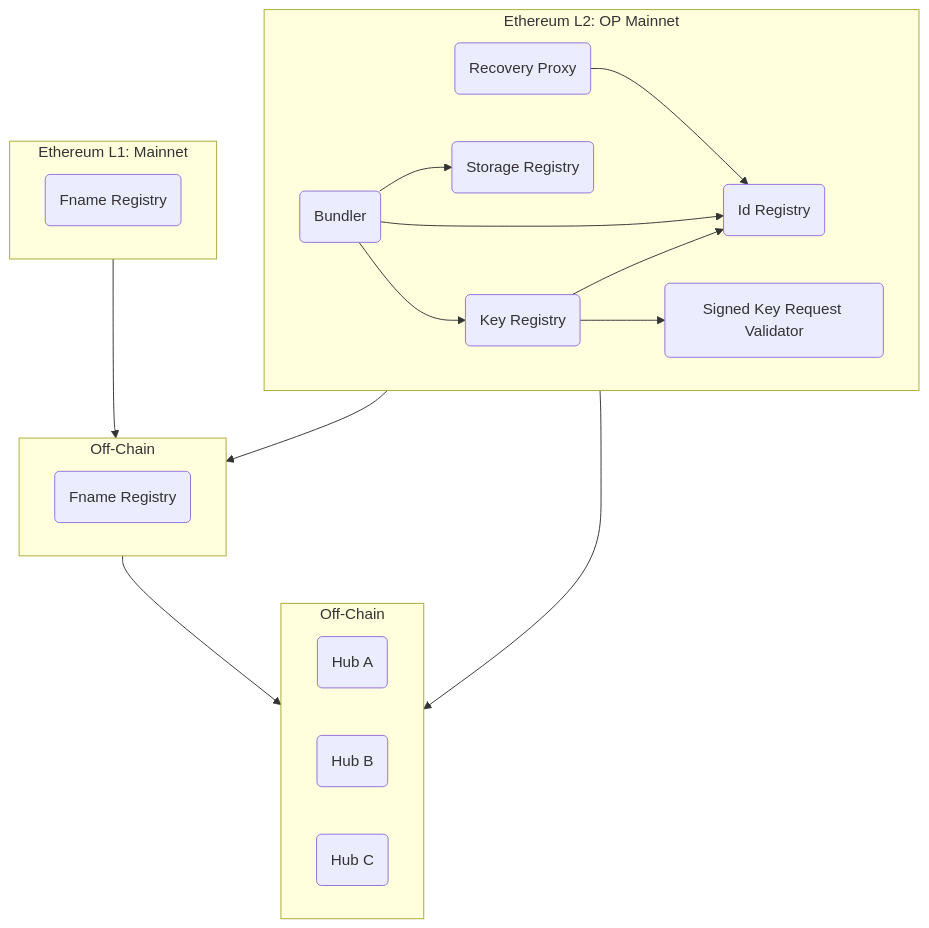
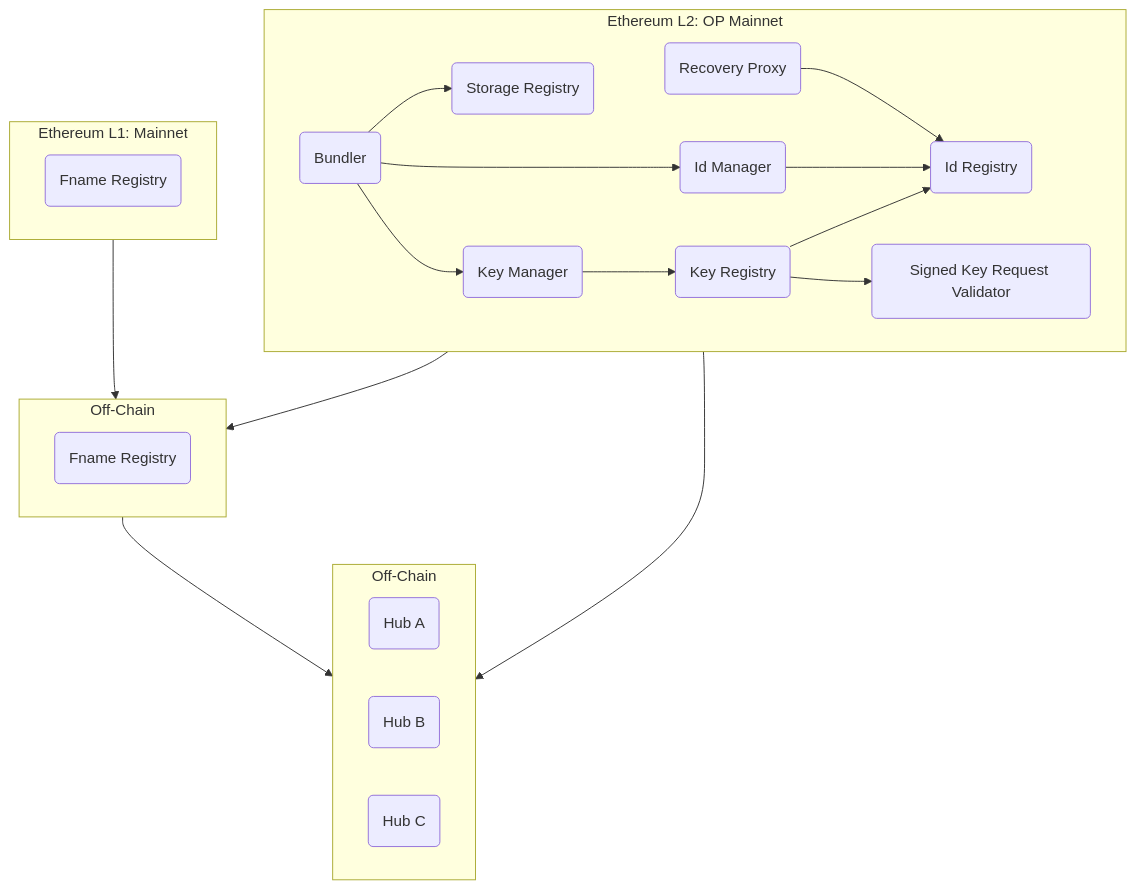
One commit to farcasterxyz/contracts changed the first of 3 diagrams in docs/docs.md. Above: the diagram before and after it, drawn with Mermaid. The commit also changed other lines of this file, not shown here.

````diff
--- a/docs/docs.md
+++ b/docs/docs.md
@@ -7,31 +7,33 @@
 ```mermaid
 
 graph TD
 
     subgraph ETHL1["Ethereum L1: Mainnet"]
     FR(Fname Registry)
     end
 
     subgraph Offchain["Off-Chain"]
     FS(Fname Registry)
     end
 
     subgraph Hubs["Off-Chain"]
     Hub1(Hub A)
     Hub2(Hub B)
     Hub3(Hub C)
     end
 
     subgraph ETHL2["Ethereum L2: OP Mainnet"]
     RP(Recovery Proxy) --> IR(Id Registry)
-    BN(Bundler) --> IR & SR(Storage Registry) & KR(Key Registry)
+    BN(Bundler) --> IM(Id Manager) & SR(Storage Registry) & KM(Key Manager)
+    KM --> KR(Key Registry)
+    IM --> IR
     KR --> IR
     KR --> SKRV(Signed Key Request Validator)
     end
 
 
     ETHL1 --> Offchain
     ETHL2 --> Offchain
     Offchain --> Hubs
     ETHL2 --> Hubs
 ```
````
